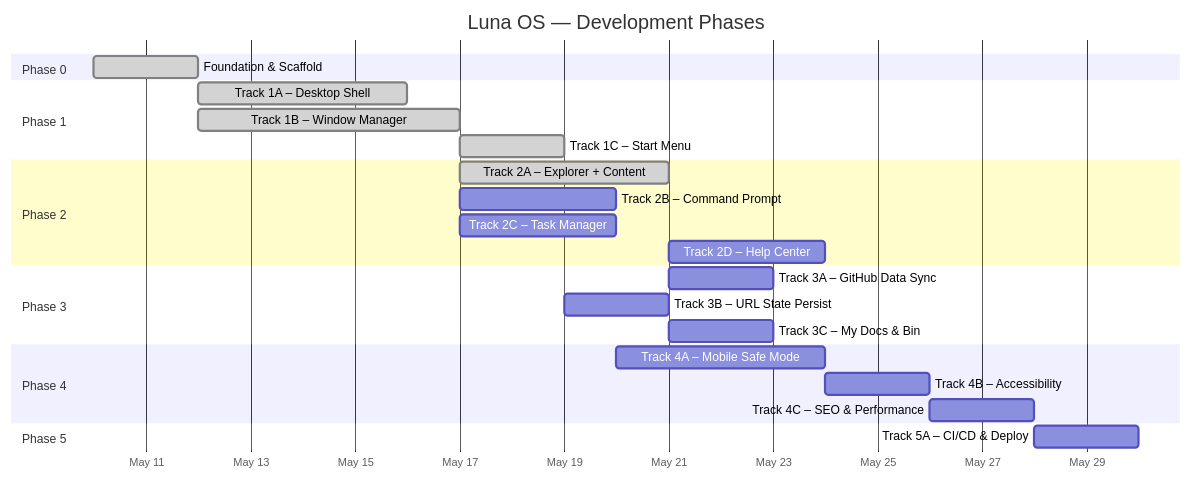
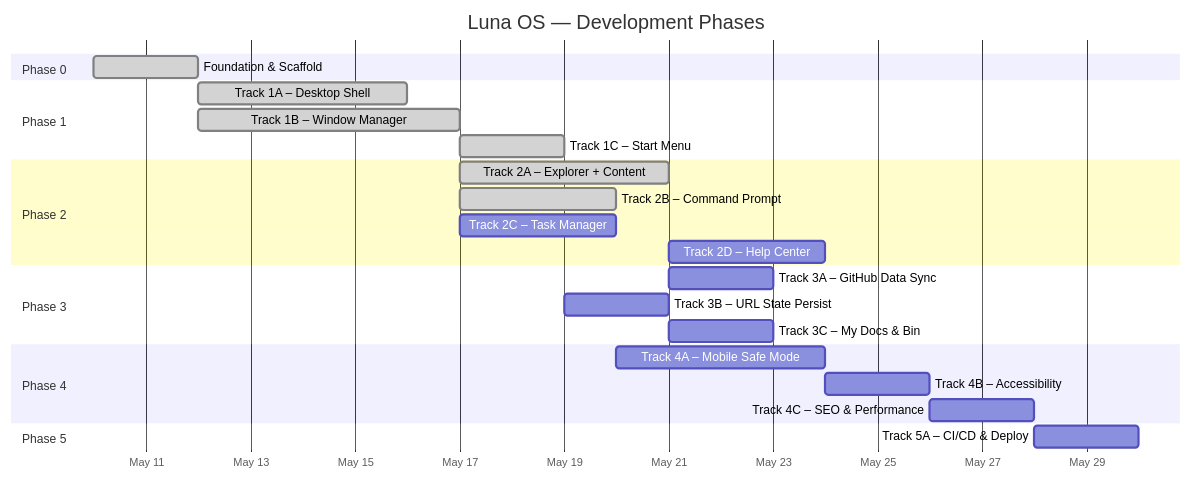
The first of 2 diagrams in docs/ROADMAP.md (mansyar/portfolio-v3), drawn with Mermaid before and after one commit. The commit also changed other lines of this file and 2 other files, not shown here.

Commit message:
docs(conductor): Synchronize docs for Track 2B (Command Prompt)

````diff
--- a/docs/ROADMAP.md
+++ b/docs/ROADMAP.md
@@ -11,33 +11,33 @@
 ```mermaid
 gantt
     title Luna OS — Development Phases
     dateFormat  YYYY-MM-DD
     axisFormat  %b %d
 
     section Phase 0
     Foundation & Scaffold         :done, p0, 2026-05-10, 2d
 
     section Phase 1
     Track 1A – Desktop Shell      :done, p1a, after p0, 4d
     Track 1B – Window Manager     :done, p1b, after p0, 5d
     Track 1C – Start Menu         :done, p1c, after p1b, 2d
 
     section Phase 2
     Track 2A – Explorer + Content :done, p2a, after p1b, 4d
-    Track 2B – Command Prompt     :p2b, after p1b, 3d
+    Track 2B – Command Prompt     :done, p2b, after p1b, 3d
     Track 2C – Task Manager       :p2c, after p1b, 3d
     Track 2D – Help Center        :p2d, after p2a, 3d
 
     section Phase 3
     Track 3A – GitHub Data Sync   :p3a, after p2a, 2d
     Track 3B – URL State Persist  :p3b, after p1c, 2d
     Track 3C – My Docs & Bin      :p3c, after p2a, 2d
 
     section Phase 4
     Track 4A – Mobile Safe Mode   :p4a, after p2b, 4d
     Track 4B – Accessibility      :p4b, after p4a, 2d
     Track 4C – SEO & Performance  :p4c, after p4b, 2d
 
     section Phase 5
     Track 5A – CI/CD & Deploy     :p5a, after p4c, 2d
 ```
````
